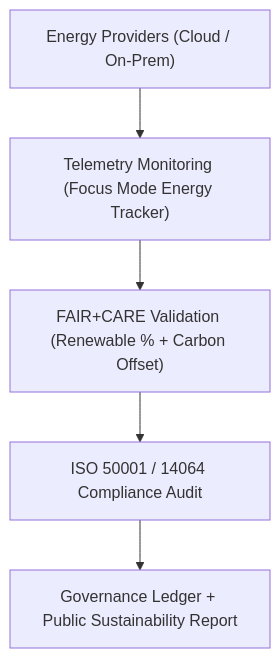
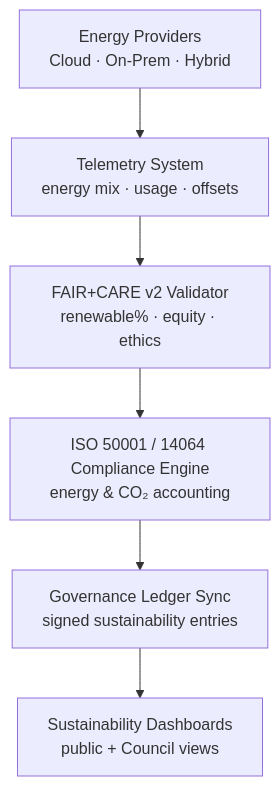
Before and after one commit to bartytime4life/Kansas-Frontier-Matrix: the first of 2 diagrams in docs/guides/telemetry/ai-telemetry-integration.md, drawn with Mermaid. The commit also changed other lines of this file, not shown here.

Commit message:
Update AI Telemetry Integration Guide to v10.4.2

`````diff
--- a/docs/guides/telemetry/ai-telemetry-integration.md
+++ b/docs/guides/telemetry/ai-telemetry-integration.md
@@ -63,7 +81,8 @@
 ```mermaid
 flowchart TD
-A["Energy Providers (Cloud / On-Prem)"] --> B["Telemetry Monitoring (Focus Mode Energy Tracker)"]
-B --> C["FAIR+CARE Validation (Renewable % + Carbon Offset)"]
-C --> D["ISO 50001 / 14064 Compliance Audit"]
-D --> E["Governance Ledger + Public Sustainability Report"]
-```
+A["Energy Providers<br/>Cloud · On-Prem · Hybrid"] --> B["Telemetry System<br/>energy mix · usage · offsets"]
+B --> C["FAIR+CARE v2 Validator<br/>renewable% · equity · ethics"]
+C --> D["ISO 50001 / 14064 Compliance Engine<br/>energy & CO₂ accounting"]
+D --> E["Governance Ledger Sync<br/>signed sustainability entries"]
+E --> F["Sustainability Dashboards<br/>public + Council views"]
+````
`````
